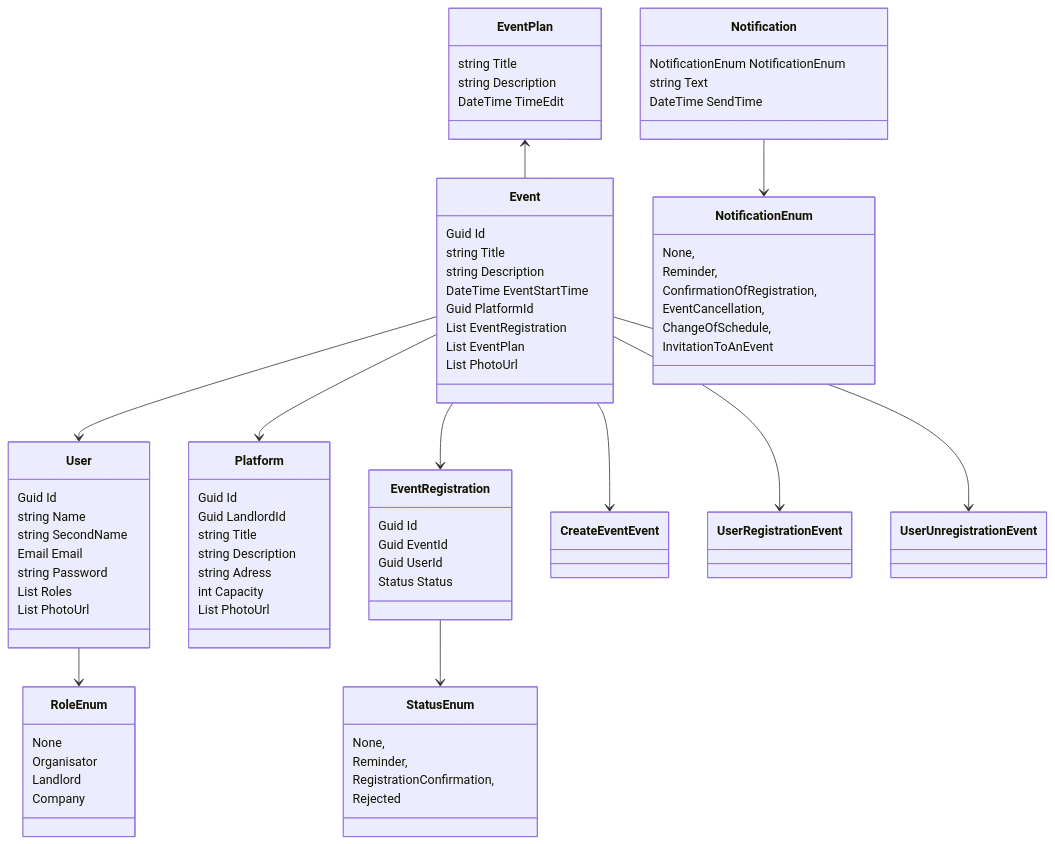
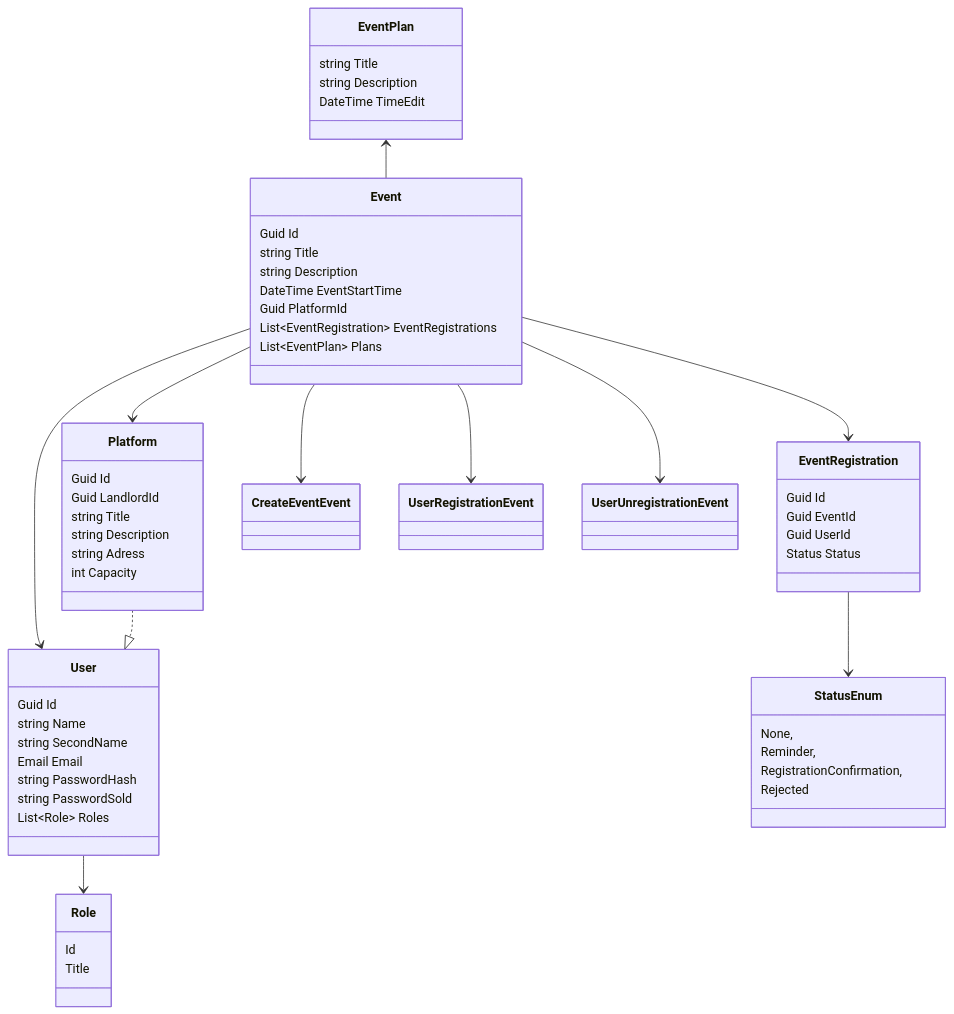
The diagram in README.md (denismakalich/Realize), drawn with Mermaid before and after one commit.

````diff
--- a/README.md
+++ b/README.md
@@ -2,6 +2,6 @@
 ```mermaid
 classDiagram
-    User --> RoleEnum
+    User --> Role
 
     Event --> User
     Event --> Platform
@@ -11,14 +11,11 @@
     Event --> UserRegistrationEvent
     Event --> UserUnregistrationEvent
     EventPlan <-- Event
+    Platform ..|> User
 
-    Notification --> NotificationEnum
-
-    class RoleEnum{
-        None
-        Organisator
-        Landlord
-        Company
+    class Role{
+        Id
+        Title
     }
 
     class User{
@@ -26,9 +23,9 @@
         string Name
         string SecondName
         Email Email
-        string Password
-        List Roles
-        List PhotoUrl
+        string PasswordHash
+        string PasswordSold
+        List~Role~ Roles
     }
 
     class Event{
@@ -37,9 +34,8 @@
         string Description
         DateTime EventStartTime
         Guid PlatformId
-        List EventRegistration
-        List EventPlan
-        List PhotoUrl
+        List~EventRegistration~ EventRegistrations 
+        List~EventPlan~ Plans
     }
 
     class Platform{
@@ -49,7 +45,6 @@
         string Description
         string Adress
         int Capacity
-        List PhotoUrl
     }
 
     class EventRegistration{
@@ -66,21 +61,6 @@
         Rejected
     }
 
-    class Notification{
-        NotificationEnum NotificationEnum
-        string Text
-        DateTime SendTime
-    }
-
-    class NotificationEnum{
-        None,
-        Reminder,
-        ConfirmationOfRegistration,
-        EventCancellation,
-        ChangeOfSchedule,
-        InvitationToAnEvent
-    }
-
     class EventPlan{
         string Title
         string Description
````
